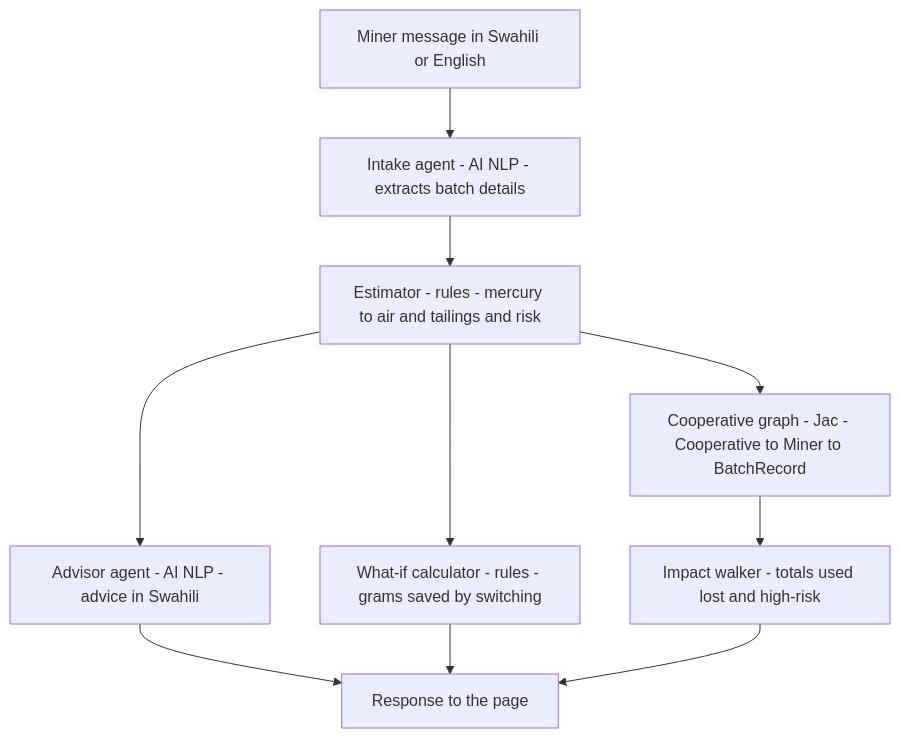
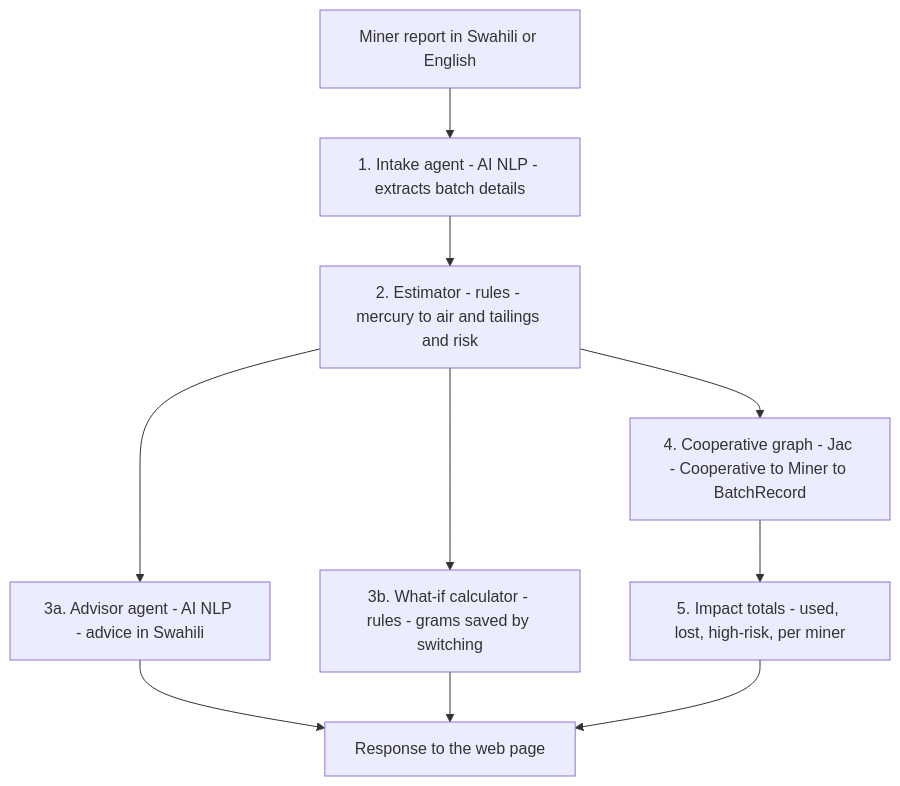
The diagram in README.md (Mesheco/Zebaki), drawn with Mermaid before and after one commit. The commit also changed other lines of this file, not shown here.

Commit message:
Update README for dashboard, language switch and summary report

````diff
--- a/README.md
+++ b/README.md
@@ -27,13 +22,13 @@
 ```mermaid
 flowchart TD
-    M[Miner message in Swahili or English] --> I
-    I[Intake agent - AI NLP - extracts batch details] --> E
-    E[Estimator - rules - mercury to air and tailings and risk] --> A
+    M[Miner report in Swahili or English] --> I
+    I[1. Intake agent - AI NLP - extracts batch details] --> E
+    E[2. Estimator - rules - mercury to air and tailings and risk] --> A
     E --> W
     E --> G
-    A[Advisor agent - AI NLP - advice in Swahili] --> R
-    W[What-if calculator - rules - grams saved by switching] --> R
-    G[Cooperative graph - Jac - Cooperative to Miner to BatchRecord] --> P
-    P[Impact walker - totals used lost and high-risk] --> R
-    R[Response to the page]
+    A[3a. Advisor agent - AI NLP - advice in Swahili] --> R
+    W[3b. What-if calculator - rules - grams saved by switching] --> R
+    G[4. Cooperative graph - Jac - Cooperative to Miner to BatchRecord] --> P
+    P[5. Impact totals - used, lost, high-risk, per miner] --> R
+    R[Response to the web page]
 ```
````
